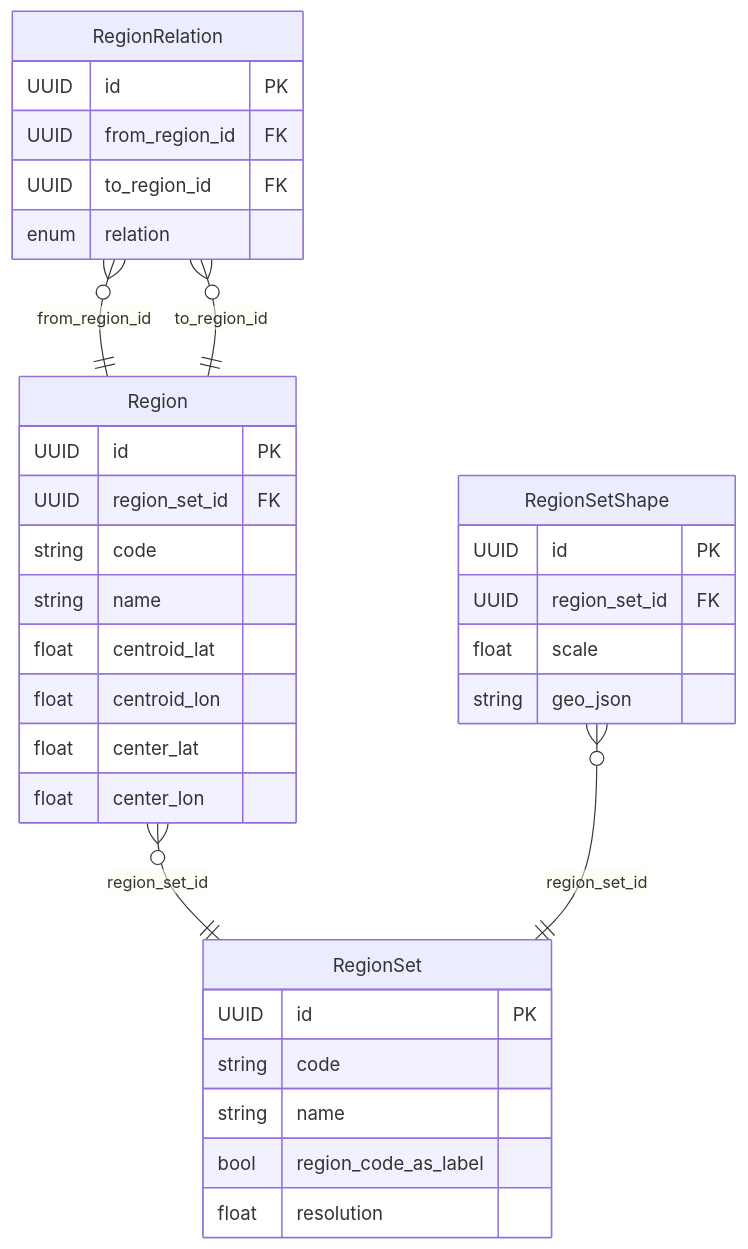
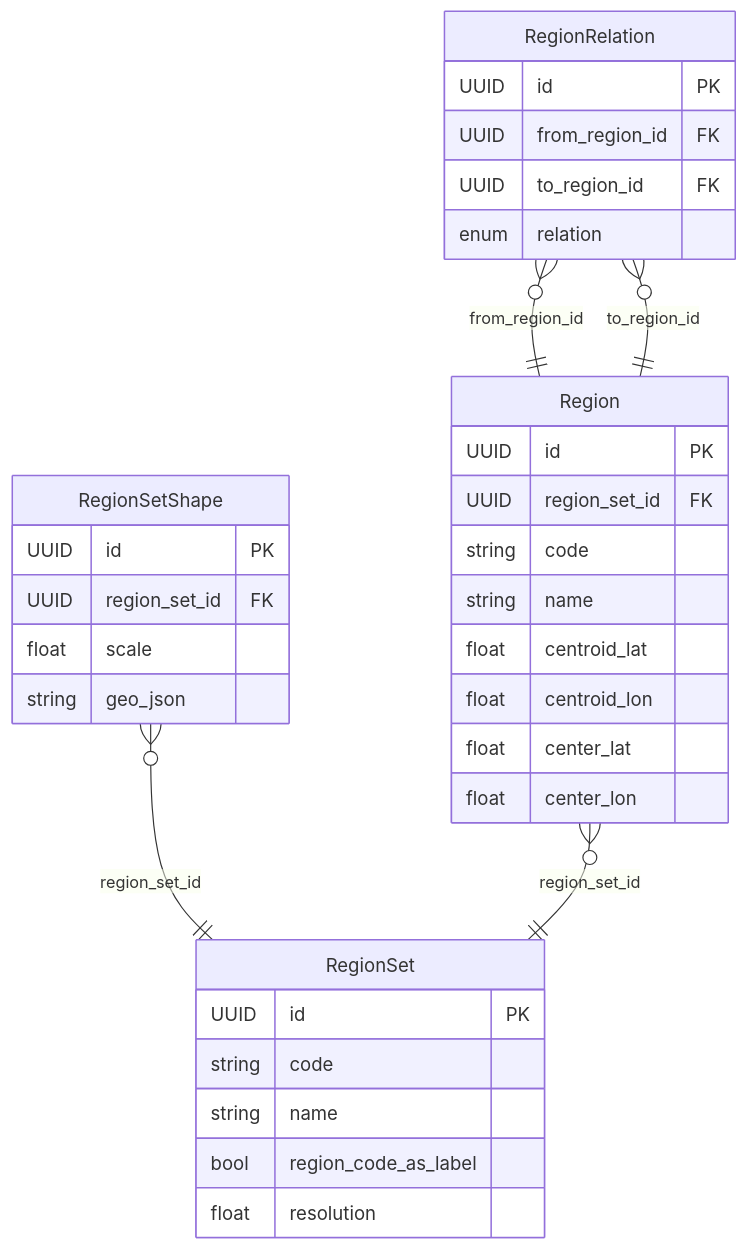
Before and after one commit to RIVM-bioinformatics/gen-epix-api: the diagram in docs/erm/casedb.geo.detailed.md, drawn with Mermaid. The commit also changed other lines of this file and 142 other files, not shown here.

````diff
--- a/docs/erm/casedb.geo.detailed.md
+++ b/docs/erm/casedb.geo.detailed.md
@@ -5,45 +5,45 @@
 ```mermaid
 erDiagram
     %% casedb / GEO (detailed)
 
     %% Relationships
-    Region }o--|| RegionSet : "region_set_id"
     RegionRelation }o--|| Region : "from_region_id"
     RegionRelation }o--|| Region : "to_region_id"
     RegionSetShape }o--|| RegionSet : "region_set_id"
+    Region }o--|| RegionSet : "region_set_id"
 
     %% Entity definitions
+    RegionRelation {
+        UUID id PK
+        UUID from_region_id FK
+        UUID to_region_id FK
+        enum relation
+    }
+
+    RegionSetShape {
+        UUID id PK
+        UUID region_set_id FK
+        float scale
+        string geo_json
+    }
+
     Region {
         UUID id PK
         UUID region_set_id FK
         string code
         string name
         float centroid_lat
         float centroid_lon
         float center_lat
         float center_lon
     }
 
-    RegionRelation {
-        UUID id PK
-        UUID from_region_id FK
-        UUID to_region_id FK
-        enum relation
-    }
-
     RegionSet {
         UUID id PK
         string code
         string name
         bool region_code_as_label
         float resolution
     }
 
-    RegionSetShape {
-        UUID id PK
-        UUID region_set_id FK
-        float scale
-        string geo_json
-    }
-
 ```
````
